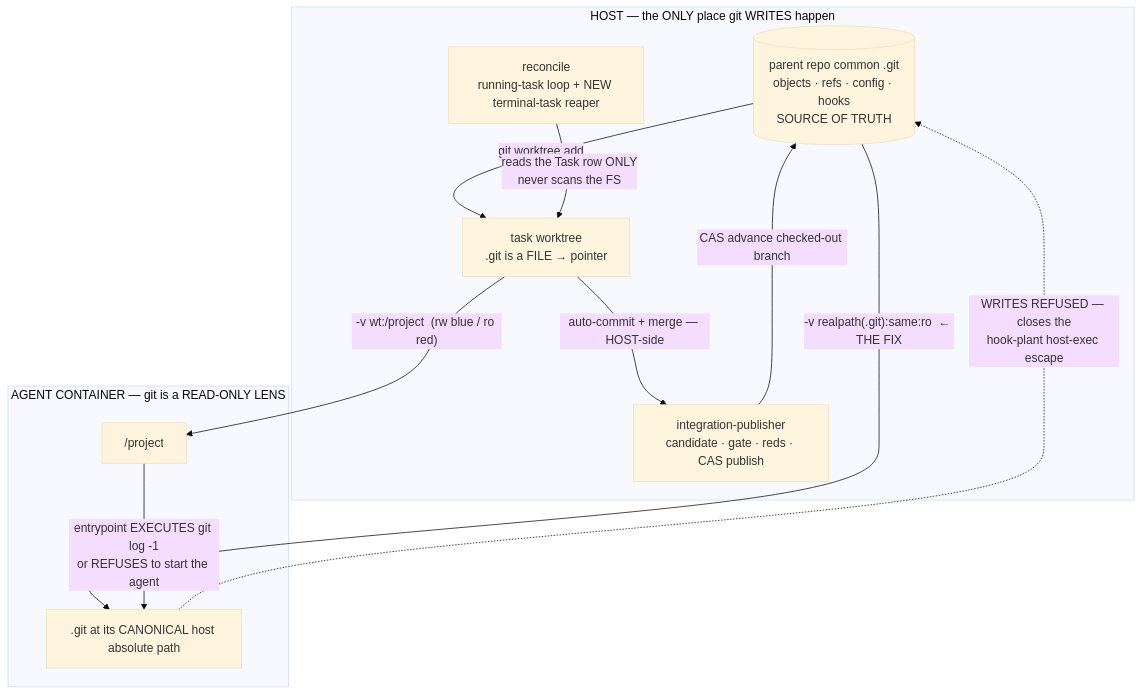
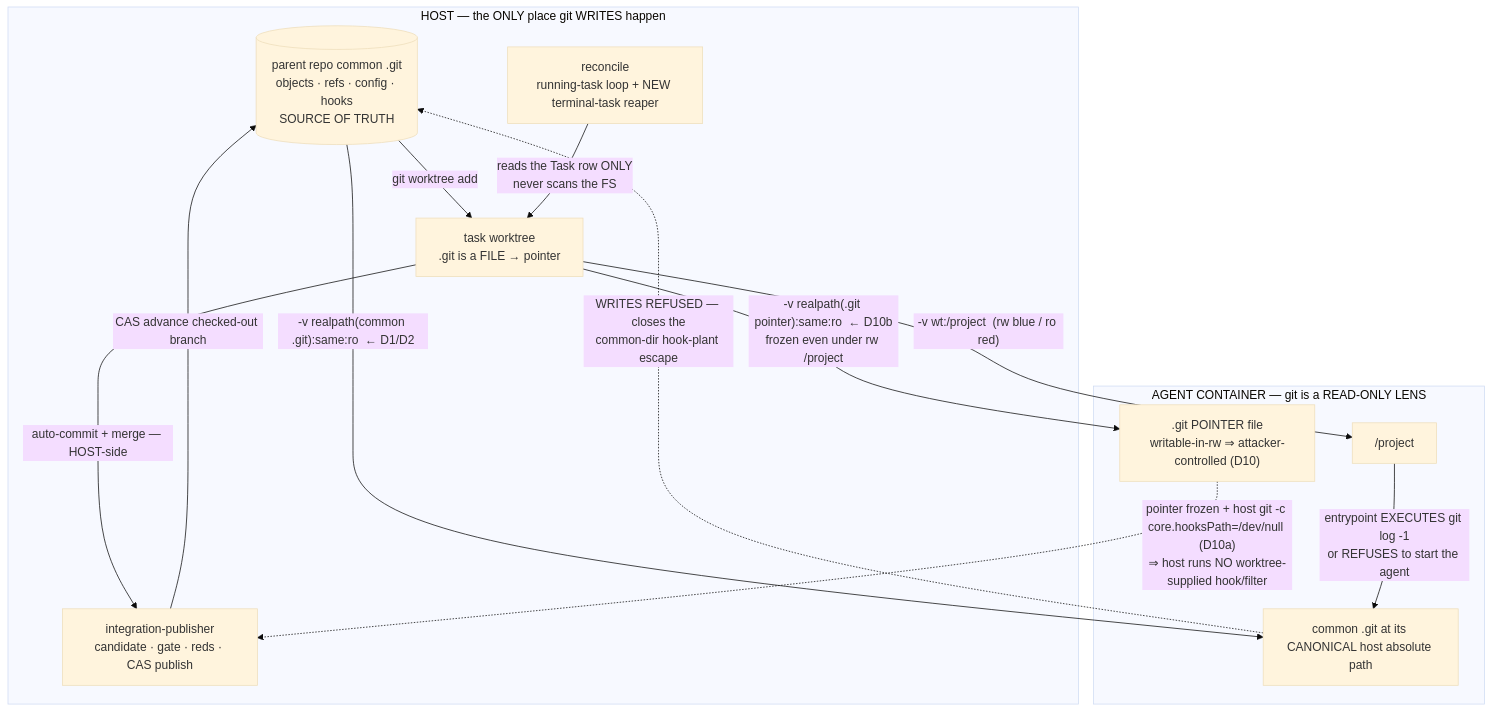
Before and after one commit to stevebargelt/forge: the diagram in docs/prds/agent-workspace-isolation.md, drawn with Mermaid (base theme). The commit also changed other lines of this file and 4 other files, not shown here.

First line of the commit message:
docs(prd): PRD-a corr#2 — blue .git-pointer HIGH rests on real observed-red (p6b)

````diff
--- a/docs/prds/agent-workspace-isolation.md
+++ b/docs/prds/agent-workspace-isolation.md
@@ -399,21 +517,24 @@
 ```mermaid
 graph TD
   subgraph HOST["HOST — the ONLY place git WRITES happen"]
     REPO[("parent repo common .git<br/>objects · refs · config · hooks<br/>SOURCE OF TRUTH")]
     WT["task worktree<br/>.git is a FILE → pointer"]
     PUB["integration-publisher<br/>candidate · gate · reds · CAS publish"]
     REC["reconcile<br/>running-task loop + NEW terminal-task reaper"]
     REPO -->|"git worktree add"| WT
     WT -->|"auto-commit + merge — HOST-side"| PUB
     PUB -->|"CAS advance checked-out branch"| REPO
     REC -->|"reads the Task row ONLY<br/>never scans the FS"| WT
   end
   subgraph CTR["AGENT CONTAINER — git is a READ-ONLY LENS"]
     PROJ["/project"]
-    GIT[".git at its CANONICAL host absolute path"]
+    PTR[".git POINTER file<br/>writable-in-rw ⇒ attacker-controlled (D10)"]
+    GIT["common .git at its CANONICAL host absolute path"]
   end
   WT -->|"-v wt:/project  (rw blue / ro red)"| PROJ
-  REPO -->|"-v realpath(.git):same:ro  ← THE FIX"| GIT
-  GIT -.->|"WRITES REFUSED — closes the<br/>hook-plant host-exec escape"| REPO
+  WT -->|"-v realpath(.git pointer):same:ro  ← D10b<br/>frozen even under rw /project"| PTR
+  REPO -->|"-v realpath(common .git):same:ro  ← D1/D2"| GIT
+  GIT -.->|"WRITES REFUSED — closes the<br/>common-dir hook-plant escape"| REPO
+  PTR -.->|"pointer frozen + host git -c core.hooksPath=/dev/null (D10a)<br/>⇒ host runs NO worktree-supplied hook/filter"| PUB
   PROJ -->|"entrypoint EXECUTES git log -1<br/>or REFUSES to start the agent"| GIT
 ```
````
